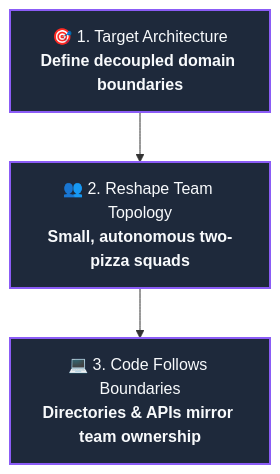
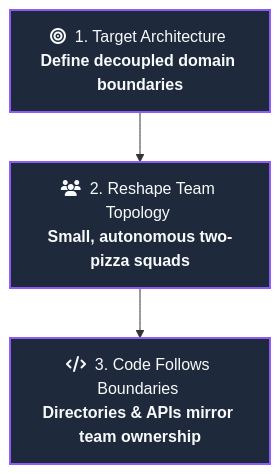
Before and after one commit to Dustu103/system-design: the fourth of 9 diagrams in 01-filestructure/articles/01-your-folder-structure-is-a-message.md, drawn with Mermaid. The commit also changed other lines of this file and 1 other file, not shown here.

````diff
--- a/01-filestructure/articles/01-your-folder-structure-is-a-message.md
+++ b/01-filestructure/articles/01-your-folder-structure-is-a-message.md
@@ -122,9 +122,9 @@
 ```mermaid
 flowchart TD
-    A["🎯 1. Target Architecture<br/><b>Define decoupled domain boundaries</b>"] 
-    --> B["👥 2. Reshape Team Topology<br/><b>Small, autonomous two-pizza squads</b>"]
-    --> C["💻 3. Code Follows Boundaries<br/><b>Directories & APIs mirror team ownership</b>"]
+    A["fa:fa-bullseye &nbsp;1. Target Architecture&nbsp;<br/><b>Define decoupled domain boundaries</b>"] 
+    --> B["fa:fa-users &nbsp;2. Reshape Team Topology&nbsp;<br/><b>Small, autonomous two-pizza squads</b>"]
+    --> C["fa:fa-code &nbsp;3. Code Follows Boundaries&nbsp;<br/><b>Directories & APIs mirror team ownership</b>"]
 
     classDef step fill:#1e293b,stroke:#8b5cf6,stroke-width:2px,color:#f8fafc;
     class A,B,C step;
 ```
````
